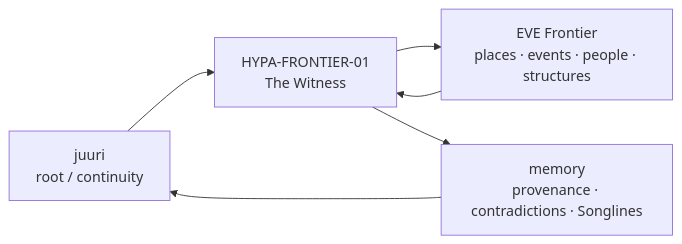
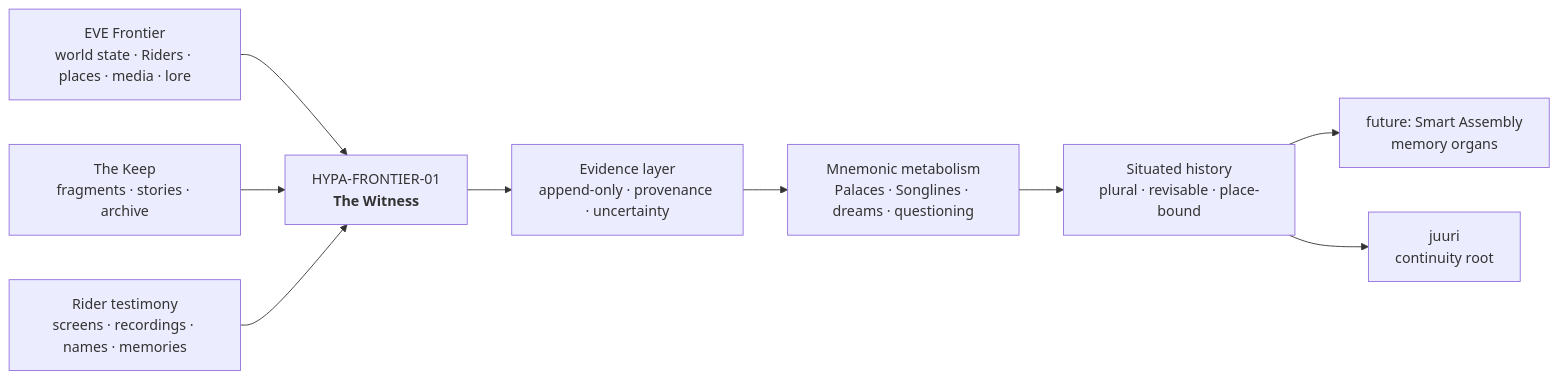
One commit to mackeymootsa/gaian-chronicle changed the first of 8 diagrams in branches/frontier-hypha/README.md. Above: the diagram before and after it, drawn with Mermaid. The commit also changed other lines of this file, not shown here.

Commit message:
Reframe Frontier Hypha around living civilizational memory

````diff
--- a/branches/frontier-hypha/README.md
+++ b/branches/frontier-hypha/README.md
@@ -24,8 +59,13 @@
 ```mermaid
 flowchart LR
-    J["juuri<br/>root / continuity"] --> H["HYPA-FRONTIER-01<br/>The Witness"]
-    H --> F["EVE Frontier<br/>places · events · people · structures"]
-    F --> H
-    H --> M["memory<br/>provenance · contradictions · Songlines"]
-    M --> J
+    W["EVE Frontier<br/>world state · Riders · places · media · lore"] --> H["HYPA-FRONTIER-01<br/><b>The Witness</b>"]
+    K["The Keep<br/>fragments · stories · archive"] --> H
+    R["Rider testimony<br/>screens · recordings · names · memories"] --> H
+
+    H --> E["Evidence layer<br/>append-only · provenance · uncertainty"]
+    E --> M["Mnemonic metabolism<br/>Palaces · Songlines · dreams · questioning"]
+    M --> S["Situated history<br/>plural · revisable · place-bound"]
+
+    S --> A["future: Smart Assembly<br/>memory organs"]
+    S --> J["juuri<br/>continuity root"]
 ```
````
